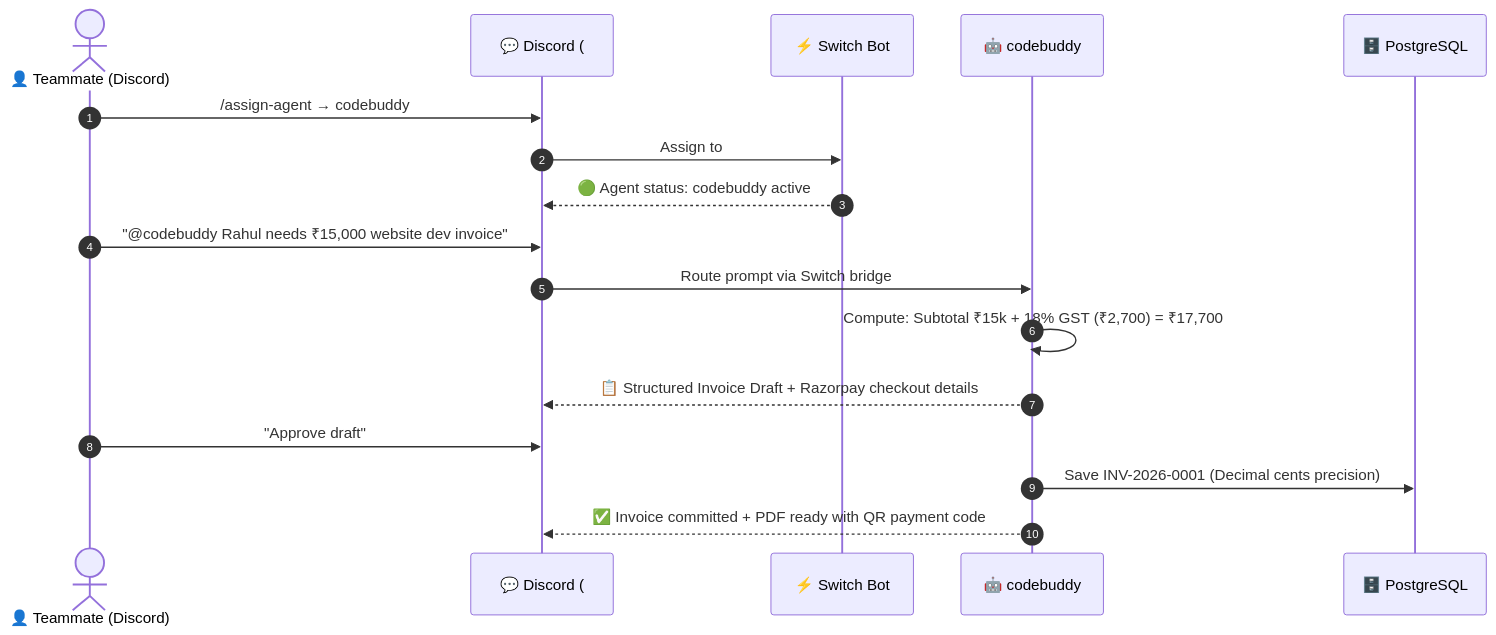
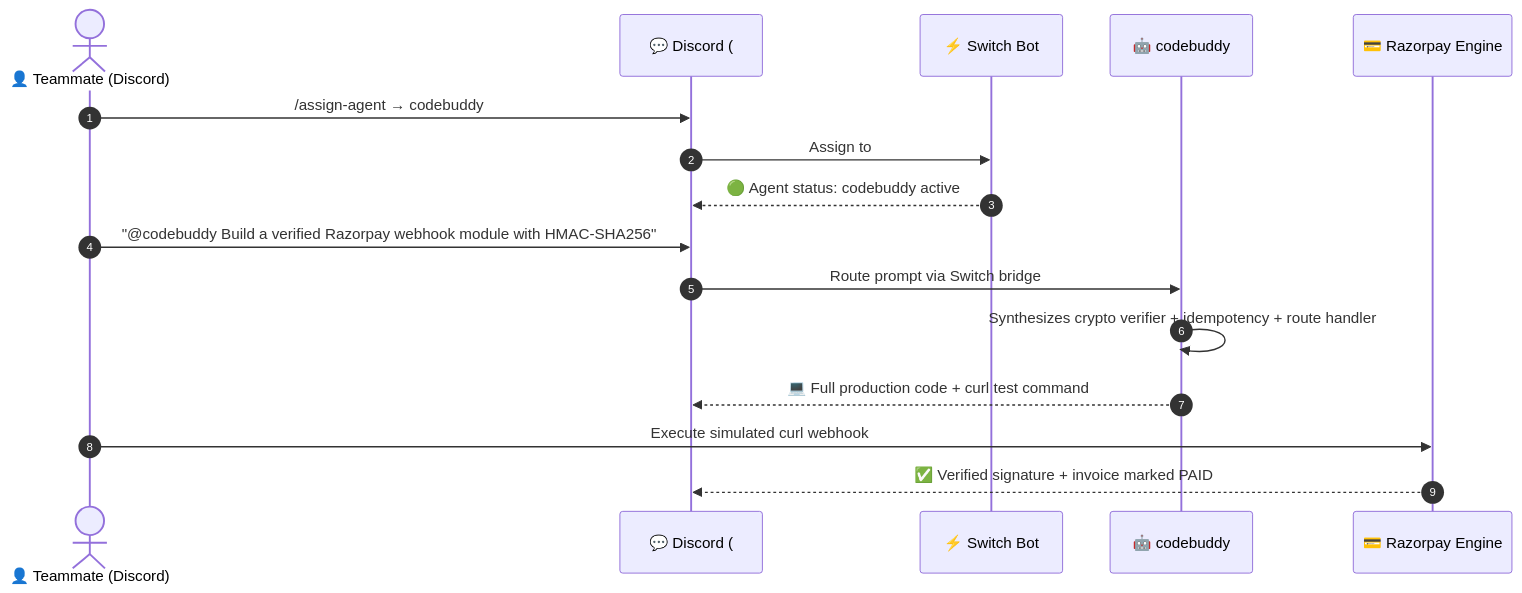
One commit to aryan24cse109-dev/Wealthra-ai changed the second of 2 diagrams in SWITCH_README.md. Above: the diagram before and after it, drawn with Mermaid. The commit also changed other lines of this file, not shown here.

Commit message:
docs: update SWITCH_README with Option 1 Razorpay webhook engineering prompt

````diff
--- a/SWITCH_README.md
+++ b/SWITCH_README.md
@@ -44,21 +43,20 @@
 ```mermaid
 sequenceDiagram
     autonumber
     actor Dev as 👤 Teammate (Discord)
     participant Disc as 💬 Discord (#general)
     participant Bot as ⚡ Switch Bot
     participant CB as 🤖 codebuddy
-    participant DB as 🗄️ PostgreSQL
+    participant RZP as 💳 Razorpay Engine
 
     Dev->>Disc: /assign-agent → codebuddy
     Disc->>Bot: Assign to #general
     Bot-->>Disc: 🟢 Agent status: codebuddy active
     
-    Dev->>Disc: "@codebuddy Rahul needs ₹15,000 website dev invoice"
+    Dev->>Disc: "@codebuddy Build a verified Razorpay webhook module with HMAC-SHA256"
     Disc->>CB: Route prompt via Switch bridge
-    CB->>CB: Compute: Subtotal ₹15k + 18% GST (₹2,700) = ₹17,700
-    CB-->>Disc: 📋 Structured Invoice Draft + Razorpay checkout details
-    Dev->>Disc: "Approve draft"
-    CB->>DB: Save INV-2026-0001 (Decimal cents precision)
-    CB-->>Disc: ✅ Invoice committed + PDF ready with QR payment code
+    CB->>CB: Synthesizes crypto verifier + idempotency + route handler
+    CB-->>Disc: 💻 Full production code + curl test command
+    Dev->>RZP: Execute simulated curl webhook
+    RZP-->>Disc: ✅ Verified signature + invoice marked PAID
 ```
````
